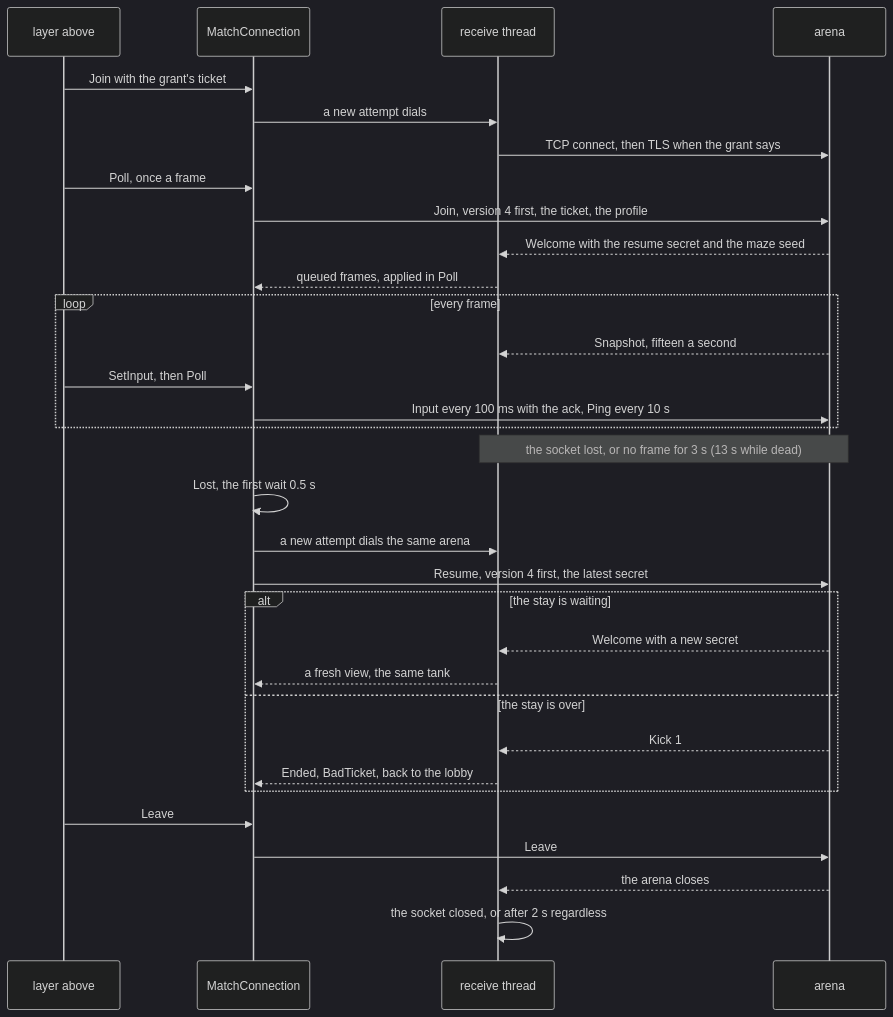
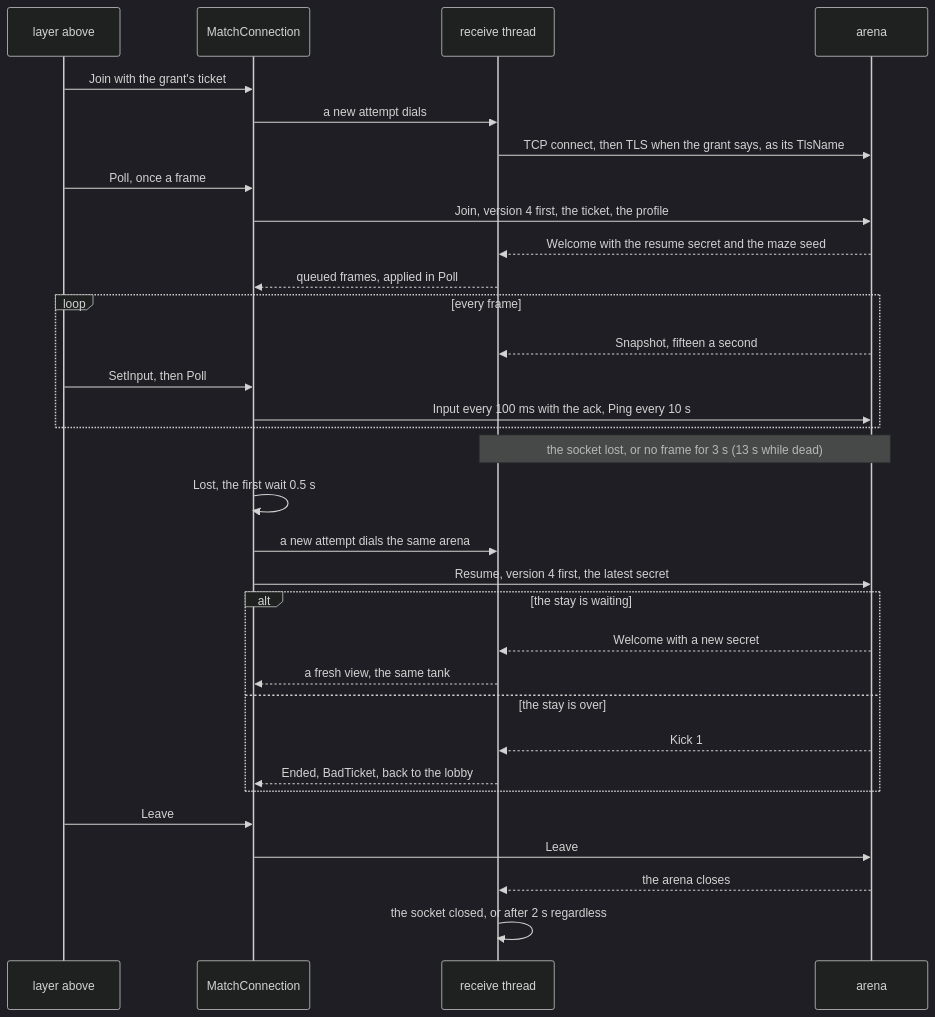
The seventh of 12 diagrams in docs/diagrams/06-client.md (greensoft-atom/depio-simulation-platform), drawn with Mermaid (dark theme) before and after one commit. The commit also changed other lines of this file and 48 other files, not shown here.

````diff
--- a/docs/diagrams/06-client.md
+++ b/docs/diagrams/06-client.md
@@ -401,34 +403,34 @@
 ```mermaid
 sequenceDiagram
     participant L as layer above
     participant M as MatchConnection
     participant T as receive thread
     participant A as arena
     L->>M: Join with the grant's ticket
     M->>T: a new attempt dials
-    T->>A: TCP connect, then TLS when the grant says
+    T->>A: TCP connect, then TLS when the grant says, as its TlsName
     L->>M: Poll, once a frame
     M->>A: Join, version 4 first, the ticket, the profile
     A-->>T: Welcome with the resume secret and the maze seed
     T-->>M: queued frames, applied in Poll
     loop every frame
         A-->>T: Snapshot, fifteen a second
         L->>M: SetInput, then Poll
         M->>A: Input every 100 ms with the ack, Ping every 10 s
     end
     Note over T,A: the socket lost, or no frame for 3 s (13 s while dead)
     M->>M: Lost, the first wait 0.5 s
     M->>T: a new attempt dials the same arena
     M->>A: Resume, version 4 first, the latest secret
     alt the stay is waiting
         A-->>T: Welcome with a new secret
         T-->>M: a fresh view, the same tank
     else the stay is over
         A-->>T: Kick 1
         T-->>M: Ended, BadTicket, back to the lobby
     end
     L->>M: Leave
     M->>A: Leave
     A-->>T: the arena closes
     T->>T: the socket closed, or after 2 s regardless
 ```
````
